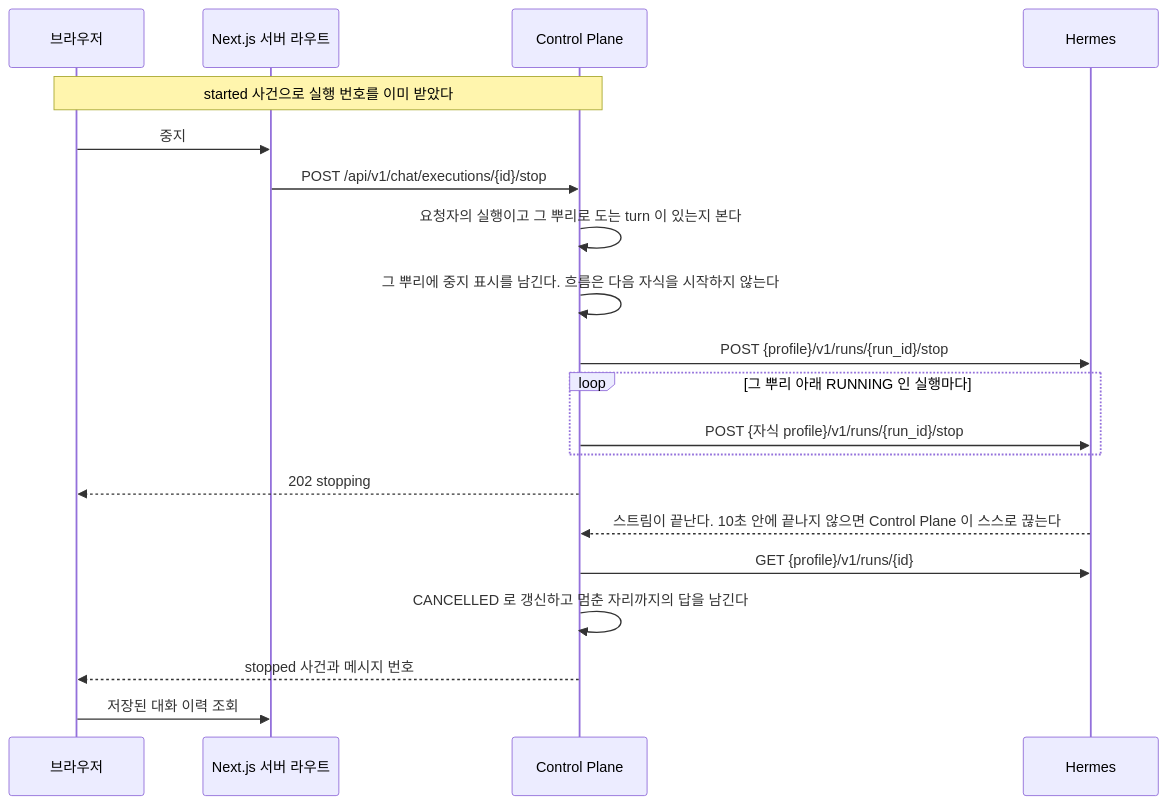
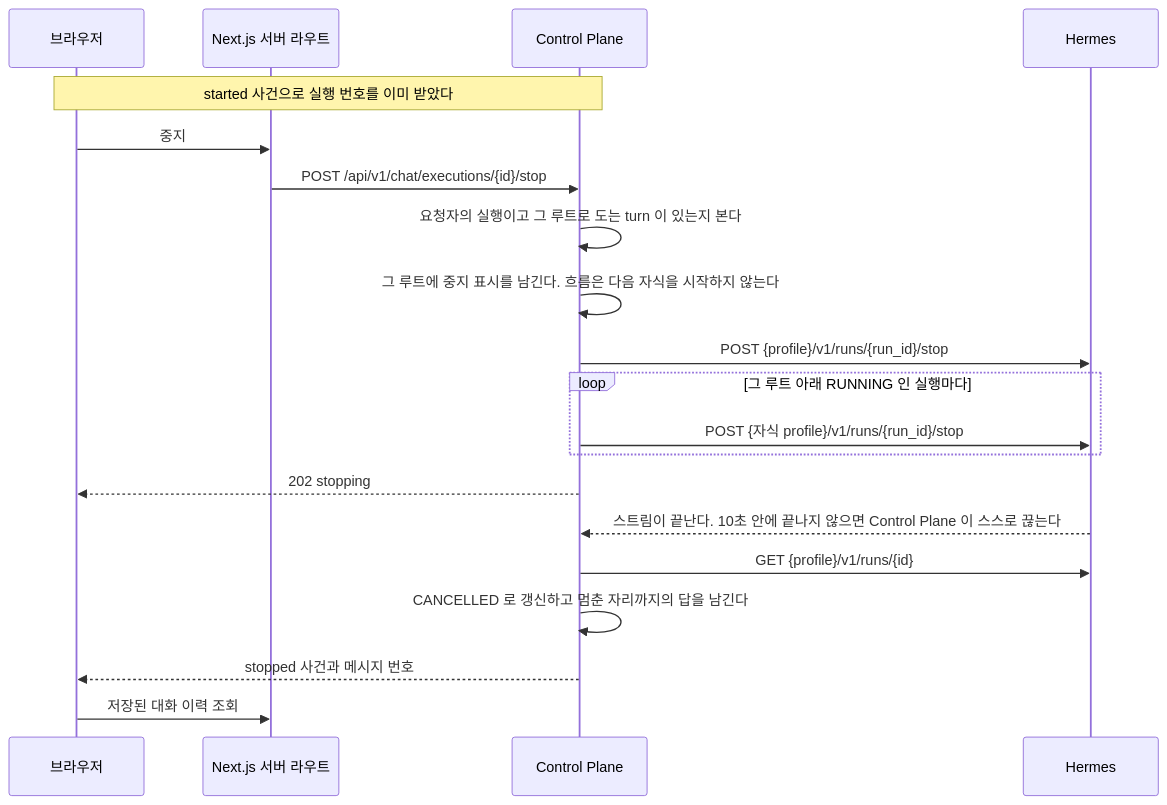
The third of 3 diagrams in docs/backend/turn-control.md (jon890/fos-assistant), drawn with Mermaid before and after one commit. The commit also changed other lines of this file and 37 other files, not shown here.

````diff
--- a/docs/backend/turn-control.md
+++ b/docs/backend/turn-control.md
@@ -206,23 +206,23 @@
 ```mermaid
 sequenceDiagram
     participant B as 브라우저
     participant W as Next.js 서버 라우트
     participant C as Control Plane
     participant H as Hermes
 
     Note over B,C: started 사건으로 실행 번호를 이미 받았다
     B->>W: 중지
     W->>C: POST /api/v1/chat/executions/{id}/stop
-    C->>C: 요청자의 실행이고 그 뿌리로 도는 turn 이 있는지 본다
-    C->>C: 그 뿌리에 중지 표시를 남긴다. 흐름은 다음 자식을 시작하지 않는다
+    C->>C: 요청자의 실행이고 그 루트로 도는 turn 이 있는지 본다
+    C->>C: 그 루트에 중지 표시를 남긴다. 흐름은 다음 자식을 시작하지 않는다
     C->>H: POST {profile}/v1/runs/{run_id}/stop
-    loop 그 뿌리 아래 RUNNING 인 실행마다
+    loop 그 루트 아래 RUNNING 인 실행마다
         C->>H: POST {자식 profile}/v1/runs/{run_id}/stop
     end
     C-->>B: 202 stopping
     H-->>C: 스트림이 끝난다. 10초 안에 끝나지 않으면 Control Plane 이 스스로 끊는다
     C->>H: GET {profile}/v1/runs/{id}
     C->>C: CANCELLED 로 갱신하고 멈춘 자리까지의 답을 남긴다
     C-->>B: stopped 사건과 메시지 번호
     B->>W: 저장된 대화 이력 조회
 ```
````
